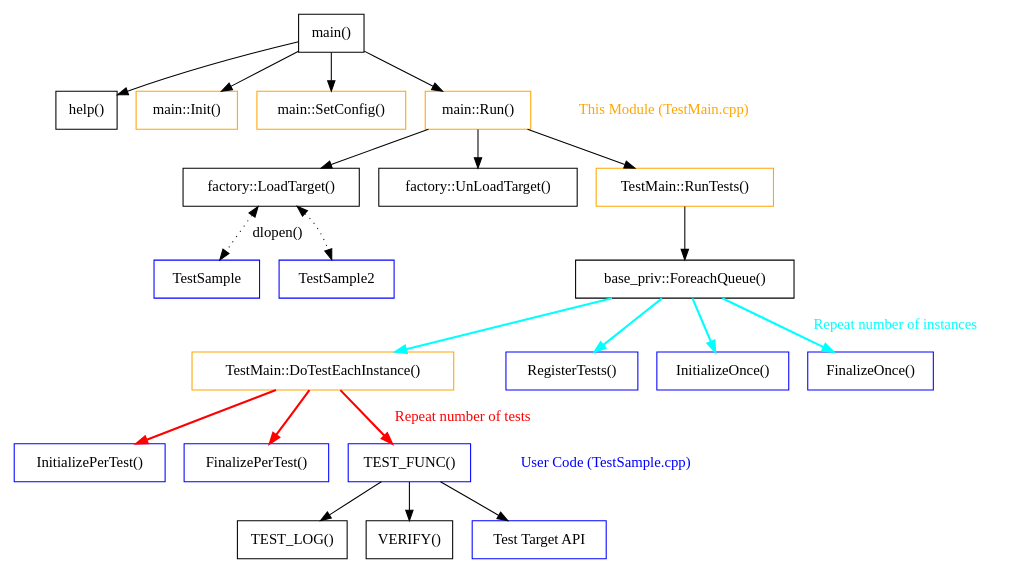
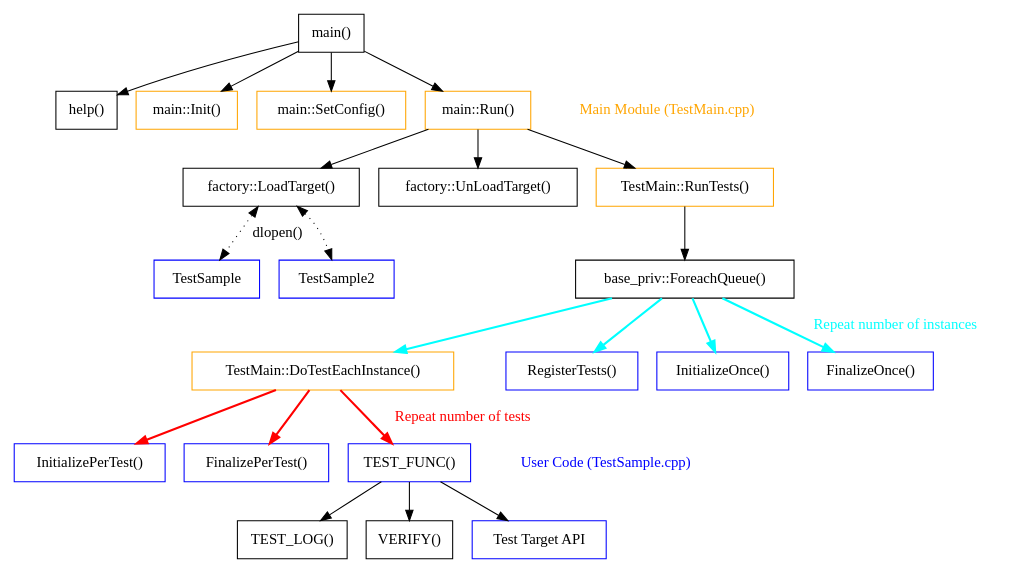
The diagram in cpp/test-tool/doc/TestMain.dot (dogdio/fbt), drawn with Graphviz before and after one commit. The commit also changed 16 other files, not shown here.

```diff
--- a/cpp/test-tool/doc/TestMain.dot
+++ b/cpp/test-tool/doc/TestMain.dot
@@ -1,62 +1,62 @@
 
 digraph g {
   rankdir=TB;
   graph [dpi="64"];
   node [shape=box ];
   n00 [label="main()", color=black ];
   n01 [label="help()", color=black ];
   n02 [label="main::Init()", color=orange ];
   n03 [label="main::SetConfig()", color=orange ];
   n04 [label="main::Run()", color=orange ];
 
   n10 [label="factory::LoadTarget()", color=black ];
   n11 [label="factory::UnLoadTarget()", color=black ];
 
   n20 [label="TestMain::RunTests()", color=orange ];
   n21 [label="TestMain::DoTestEachInstance()", color=orange ];
   n22 [label="base_priv::ForeachQueue()", color=black ];
 
   n30 [label="RegisterTests()", color=blue ];
   n31 [label="InitializeOnce()", color=blue ];
   n32 [label="FinalizeOnce()", color=blue ];
   n33 [label="InitializePerTest()", color=blue ];
   n34 [label="FinalizePerTest()", color=blue ];
   n35 [label="TEST_FUNC()", color=blue ];
 
   n40 [label="TEST_LOG()", color=black ];
   n41 [label="VERIFY()", color=black ];
   n42 [label="Test Target API", color=blue ];
 
   n50 [label="TestSample", color=blue ];
   n51 [label="TestSample2", color=blue ];
 
   n00 -> n01;
   n00 -> n02;
   n00 -> n03;
   n00 -> n04;
   n04 -> n10;
   n04 -> n11;
   n04 -> n20;
 
   n20 -> n22;
   n22 -> n31 [color=cyan, penwidth=2];
   n22 -> n30 [color=cyan, penwidth=2];
   n22 -> n32 [color=cyan, penwidth=2, label="Repeat number of instances", fontcolor=cyan];
   n22 -> n21 [color=cyan, penwidth=2];
 
   n21 -> n33 [color=red, penwidth=2];
   n21 -> n34 [color=red, penwidth=2];
   n21 -> n35 [color=red, penwidth=2, label=" Repeat number of tests", fontcolor=red];
 
   n35 -> n40;
   n35 -> n41;
   n35 -> n42;
 
   n10 -> n50 [dir=both, style=dotted, label=" dlopen()"];
   n10 -> n51 [dir=both, style=dotted];
 
   memo1 [label="User Code (TestSample.cpp)", fontcolor=blue, shape=plaintext, style="" ];
   n30 -> memo1 [style=invis];
-  memo2 [label="This Module (TestMain.cpp)", fontcolor=orange, shape=plaintext, style="" ];
+  memo2 [label="Main Module (TestMain.cpp)", fontcolor=orange, shape=plaintext, style="" ];
   n00 -> memo2 [style=invis];
 }
```
